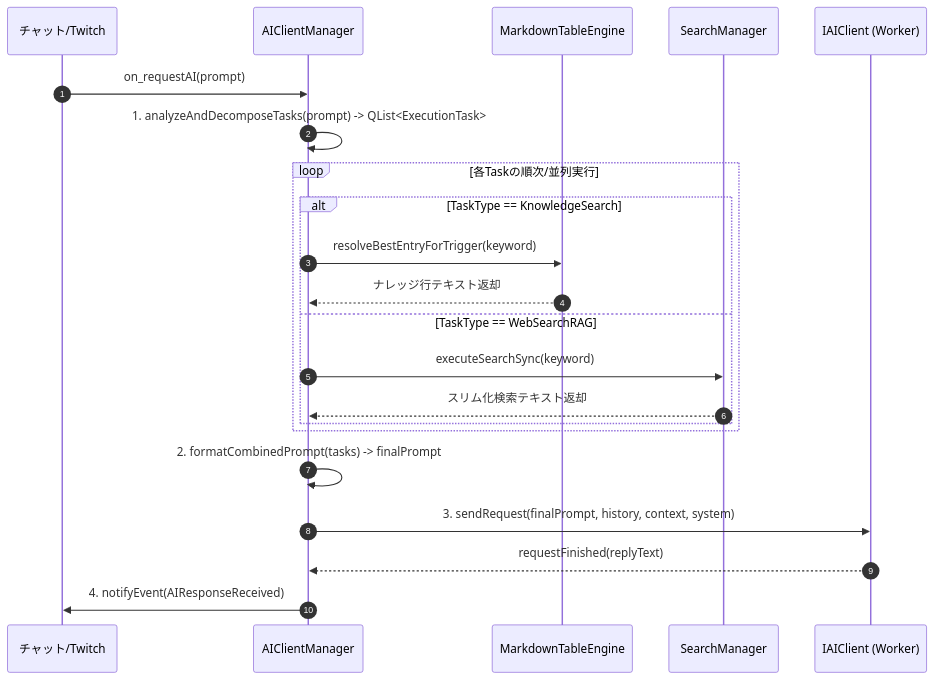
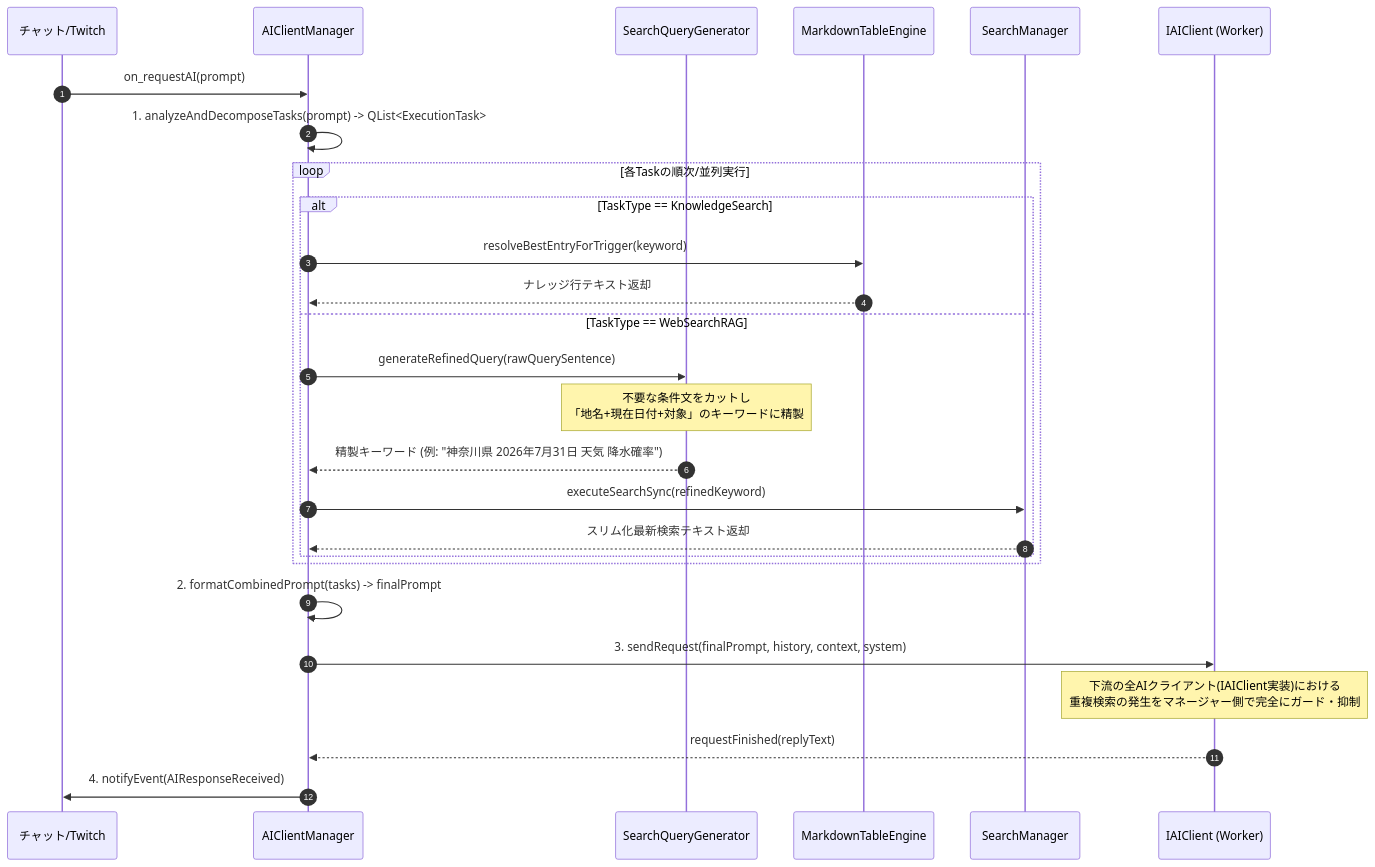
Before and after one commit to BLUE000/AiAssistantAvatar: the diagram in doc/DetailedDesign.md, drawn with Mermaid. The commit also changed other lines of this file and 4 other files, not shown here.

Commit message:
doc: update specification documents for AIClientManager centralized search control and SearchQueryGenerator with Mermaid diagrams

````diff
--- a/doc/DetailedDesign.md
+++ b/doc/DetailedDesign.md
@@ -2113,27 +2114,32 @@
 ```mermaid
 sequenceDiagram
     autonumber
     participant UI as チャット/Twitch
     participant ACM as AIClientManager
+    participant SQG as SearchQueryGenerator
     participant MTE as MarkdownTableEngine
     participant SM as SearchManager
     participant Client as IAIClient (Worker)
 
     UI->>ACM: on_requestAI(prompt)
     ACM->>ACM: 1. analyzeAndDecomposeTasks(prompt) -> QList<ExecutionTask>
     
     loop 各Taskの順次/並列実行
         alt TaskType == KnowledgeSearch
             ACM->>MTE: resolveBestEntryForTrigger(keyword)
             MTE-->>ACM: ナレッジ行テキスト返却
         else TaskType == WebSearchRAG
-            ACM->>SM: executeSearchSync(keyword)
-            SM-->>ACM: スリム化検索テキスト返却
+            ACM->>SQG: generateRefinedQuery(rawQuerySentence)
+            Note over SQG: 不要な条件文をカットし<br>「地名+現在日付+対象」のキーワードに精製
+            SQG-->>ACM: 精製キーワード (例: "神奈川県 2026年7月31日 天気 降水確率")
+            ACM->>SM: executeSearchSync(refinedKeyword)
+            SM-->>ACM: スリム化最新検索テキスト返却
         end
     end
 
     ACM->>ACM: 2. formatCombinedPrompt(tasks) -> finalPrompt
     ACM->>Client: 3. sendRequest(finalPrompt, history, context, system)
+    Note over Client: 下流の全AIクライアント(IAIClient実装)における<br>重複検索の発生をマネージャー側で完全にガード・抑制
     Client-->>ACM: requestFinished(replyText)
     ACM->>UI: 4. notifyEvent(AIResponseReceived)
 ```
````
